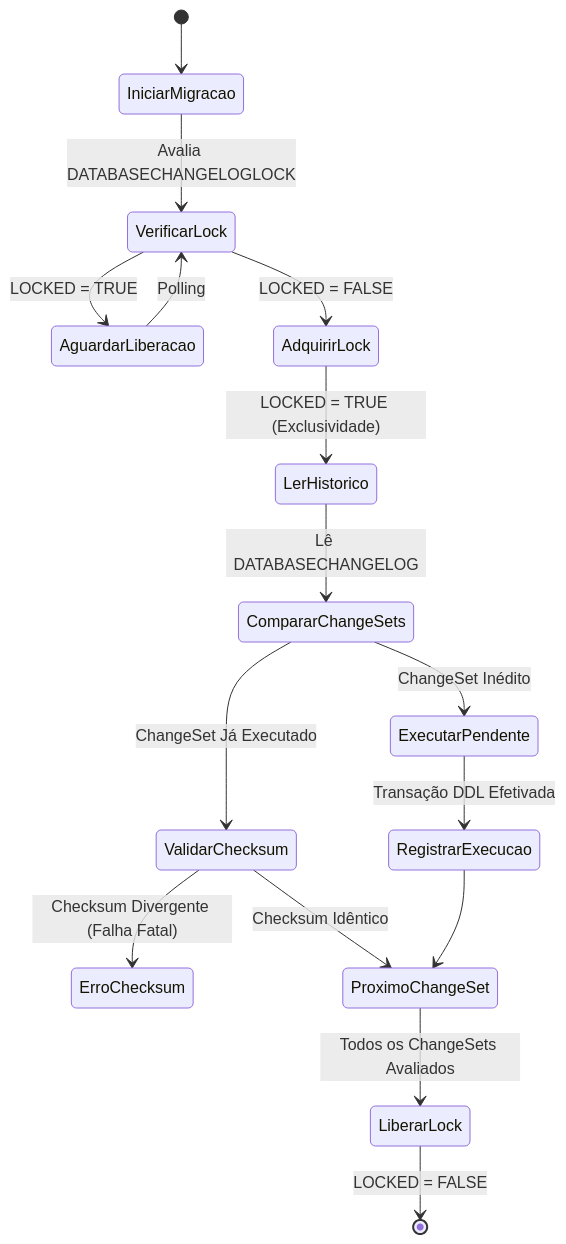
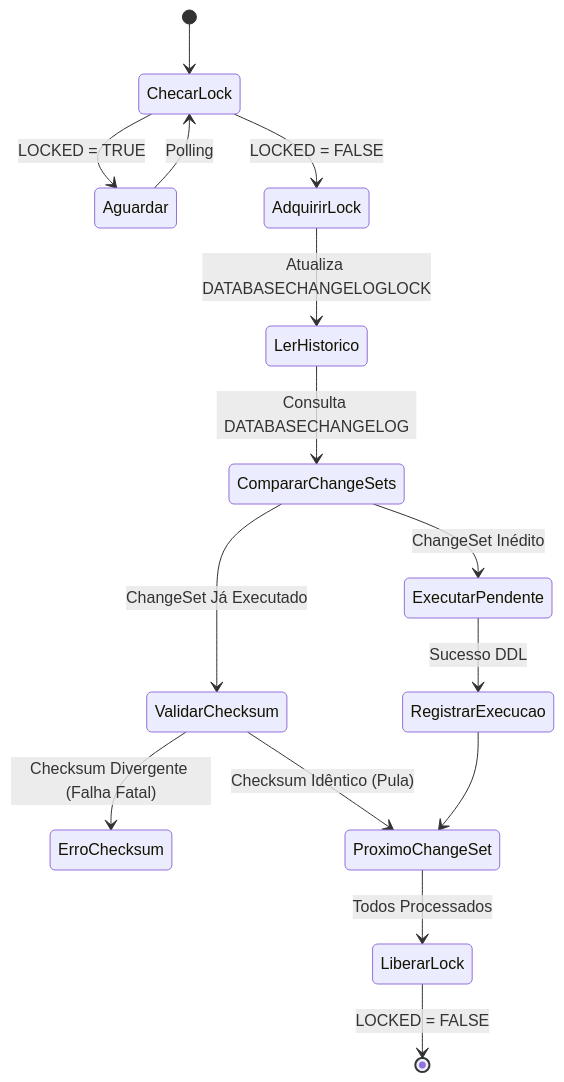
One commit to murilolol/unifef changed diagram 13 of 20 in 4º Semestre/[Prof. Jefferson Passerini] Laboratório de Programação IV/Resumos-IA/Caderno-Consolidado.md. Above: the diagram before and after it, drawn with Mermaid. The commit also changed other lines of this file and 40 other files, not shown here.

````diff
--- a/4º Semestre/[Prof. Jefferson Passerini] Laboratório de Programação IV/Resumos-IA/Caderno-Consolidado.md
+++ b/4º Semestre/[Prof. Jefferson Passerini] Laboratório de Programação IV/Resumos-IA/Caderno-Consolidado.md
@@ -277,18 +563,17 @@
 ```mermaid
 stateDiagram-v2
-    [*] --> IniciarMigracao
-    IniciarMigracao --> VerificarLock: Avalia DATABASECHANGELOGLOCK
-    VerificarLock --> AguardarLiberacao: LOCKED = TRUE
-    AguardarLiberacao --> VerificarLock: Polling
-    VerificarLock --> AdquirirLock: LOCKED = FALSE
-    AdquirirLock --> LerHistorico: LOCKED = TRUE (Exclusividade)
-    LerHistorico --> CompararChangeSets: Lê DATABASECHANGELOG
-    CompararChangeSets --> ExecutarPendente: ChangeSet Inédito
-    CompararChangeSets --> ValidarChecksum: ChangeSet Já Executado
-    ValidarChecksum --> ErroChecksum: Checksum Divergente (Falha Fatal)
-    ValidarChecksum --> ProximoChangeSet: Checksum Idêntico
-    ExecutarPendente --> RegistrarExecucao: Transação DDL Efetivada
-    RegistrarExecucao --> ProximoChangeSet
-    ProximoChangeSet --> LiberarLock: Todos os ChangeSets Avaliados
-    LiberarLock --> [*]: LOCKED = FALSE
+  [*] --> ChecarLock
+  ChecarLock --> Aguardar: LOCKED = TRUE
+  Aguardar --> ChecarLock: Polling
+  ChecarLock --> AdquirirLock: LOCKED = FALSE
+  AdquirirLock --> LerHistorico: Atualiza DATABASECHANGELOGLOCK
+  LerHistorico --> CompararChangeSets: Consulta DATABASECHANGELOG
+  CompararChangeSets --> ExecutarPendente: ChangeSet Inédito
+  CompararChangeSets --> ValidarChecksum: ChangeSet Já Executado
+  ValidarChecksum --> ErroChecksum: Checksum Divergente (Falha Fatal)
+  ValidarChecksum --> ProximoChangeSet: Checksum Idêntico (Pula)
+  ExecutarPendente --> RegistrarExecucao: Sucesso DDL
+  RegistrarExecucao --> ProximoChangeSet
+  ProximoChangeSet --> LiberarLock: Todos Processados
+  LiberarLock --> [*]: LOCKED = FALSE
 ```
````
